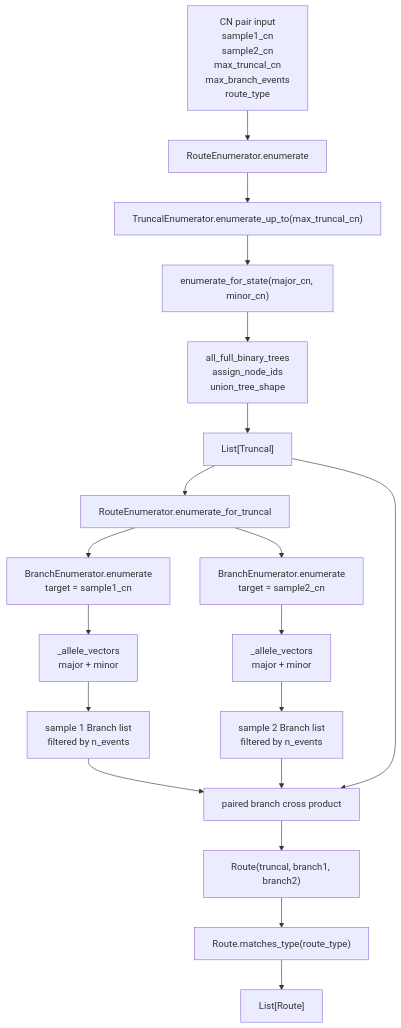
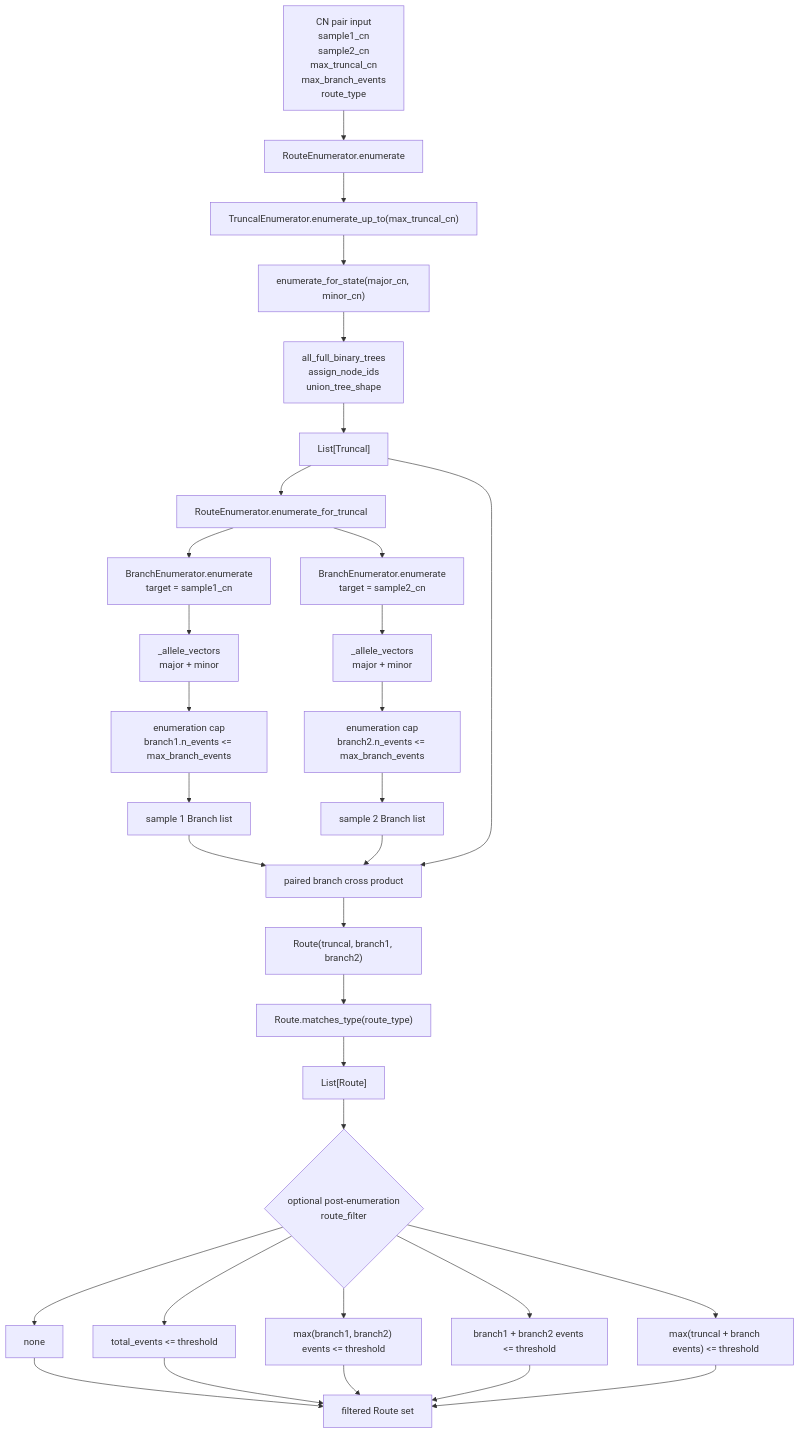
Before and after one commit to SunPathLab/SPUR: the diagram in docs/uml/enumeration_flow.mmd, drawn with Mermaid. The commit also changed 30 other files, not shown here.

```diff
--- a/docs/uml/enumeration_flow.mmd
+++ b/docs/uml/enumeration_flow.mmd
@@ -1,23 +1,36 @@
 flowchart TD
     input["CN pair input<br/>sample1_cn<br/>sample2_cn<br/>max_truncal_cn<br/>max_branch_events<br/>route_type"] --> routeEnum["RouteEnumerator.enumerate"]
 
     routeEnum --> truncUpTo["TruncalEnumerator.enumerate_up_to(max_truncal_cn)"]
     truncUpTo --> truncState["enumerate_for_state(major_cn, minor_cn)"]
     truncState --> treeGen["all_full_binary_trees<br/>assign_node_ids<br/>union_tree_shape"]
     treeGen --> truncals["List[Truncal]"]
 
     truncals --> perTruncal["RouteEnumerator.enumerate_for_truncal"]
     perTruncal --> branch1["BranchEnumerator.enumerate<br/>target = sample1_cn"]
     perTruncal --> branch2["BranchEnumerator.enumerate<br/>target = sample2_cn"]
 
     branch1 --> allele1["_allele_vectors<br/>major + minor"]
     branch2 --> allele2["_allele_vectors<br/>major + minor"]
-    allele1 --> branches1["sample 1 Branch list<br/>filtered by n_events"]
-    allele2 --> branches2["sample 2 Branch list<br/>filtered by n_events"]
+    allele1 --> branchCap1["enumeration cap<br/>branch1.n_events <= max_branch_events"]
+    allele2 --> branchCap2["enumeration cap<br/>branch2.n_events <= max_branch_events"]
+    branchCap1 --> branches1["sample 1 Branch list"]
+    branchCap2 --> branches2["sample 2 Branch list"]
 
     branches1 --> product["paired branch cross product"]
     branches2 --> product
     truncals --> product
     product --> route["Route(truncal, branch1, branch2)"]
-    route --> filter["Route.matches_type(route_type)"]
-    filter --> routes["List[Route]"]
+    route --> typeFilter["Route.matches_type(route_type)"]
+    typeFilter --> routes["List[Route]"]
+    routes --> postFilter{"optional post-enumeration<br/>route_filter"}
+    postFilter --> noFilter["none"]
+    postFilter --> total["total_events <= threshold"]
+    postFilter --> maxBranch["max(branch1, branch2) events <= threshold"]
+    postFilter --> branchSum["branch1 + branch2 events <= threshold"]
+    postFilter --> singleSample["max(truncal + branch events) <= threshold"]
+    noFilter --> finalRoutes["filtered Route set"]
+    total --> finalRoutes
+    maxBranch --> finalRoutes
+    branchSum --> finalRoutes
+    singleSample --> finalRoutes
```
